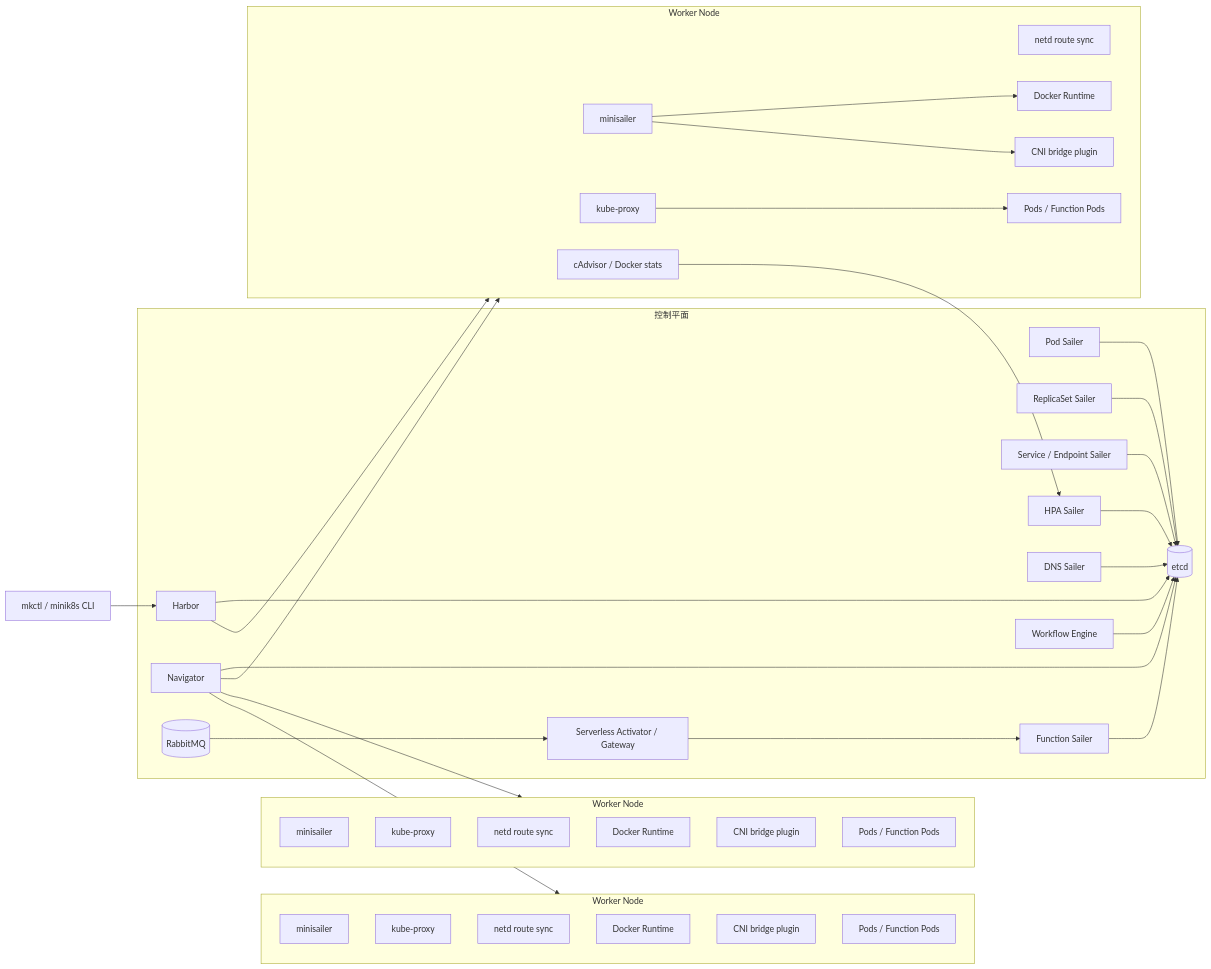
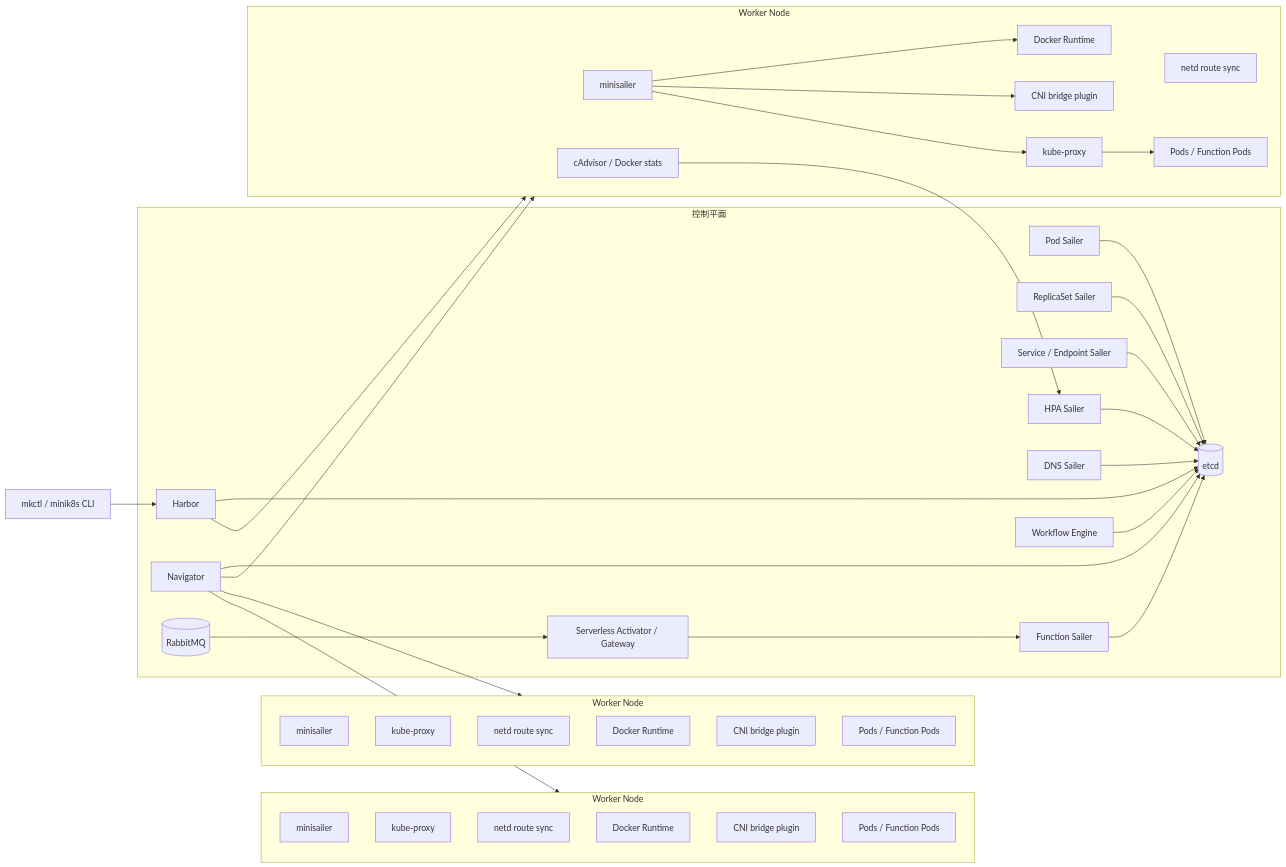
The diagram in docs/PLAN.md (Popc0rn7/minik8s), drawn with Mermaid before and after one commit. The commit also changed 27 other files, not shown here.

````diff
--- a/docs/PLAN.md
+++ b/docs/PLAN.md
@@ -17,57 +17,58 @@
 ```mermaid
 flowchart LR
   CLI[mkctl / minik8s CLI] --> Harbor[Harbor]
 
   subgraph ControlPlane[控制平面]
     Harbor --> Store[(etcd)]
     Navigator[Navigator] --> Store
     PodCtrl[Pod Sailer] --> Store
     RSCtrl[ReplicaSet Sailer] --> Store
     ServiceCtrl[Service / Endpoint Sailer] --> Store
     HPACtrl[HPA Sailer] --> Store
     DNSCtrl[DNS Sailer] --> Store
 
     FnCtrl[Function Sailer] --> Store
     Workflow[Workflow Engine] --> Store
     Activator[Serverless Activator / Gateway] --> FnCtrl
     EventBus[(RabbitMQ)] --> Activator
   end
 
   Harbor --> NodeA
   Navigator --> NodeA
   Navigator --> NodeB
   Navigator --> NodeC
 
   subgraph NodeA[Worker Node]
     SailerA[minisailer]
     ProxyA[kube-proxy]
     NetdA[netd route sync]
     RuntimeA[Docker Runtime]
     CNIA[CNI bridge plugin]
     MetricsA[cAdvisor / Docker stats]
     PodsA[Pods / Function Pods]
 
     SailerA --> RuntimeA
     SailerA --> CNIA
+    SailerA --> ProxyA
     ProxyA --> PodsA
     MetricsA --> HPACtrl
   end
 
   subgraph NodeB[Worker Node]
     SailerB[minisailer]
     ProxyB[kube-proxy]
     NetdB[netd route sync]
     RuntimeB[Docker Runtime]
     CNIB[CNI bridge plugin]
     PodsB[Pods / Function Pods]
   end
 
   subgraph NodeC[Worker Node]
     SailerC[minisailer]
     ProxyC[kube-proxy]
     NetdC[netd route sync]
     RuntimeC[Docker Runtime]
     CNIC[CNI bridge plugin]
     PodsC[Pods / Function Pods]
   end
 ```
````
